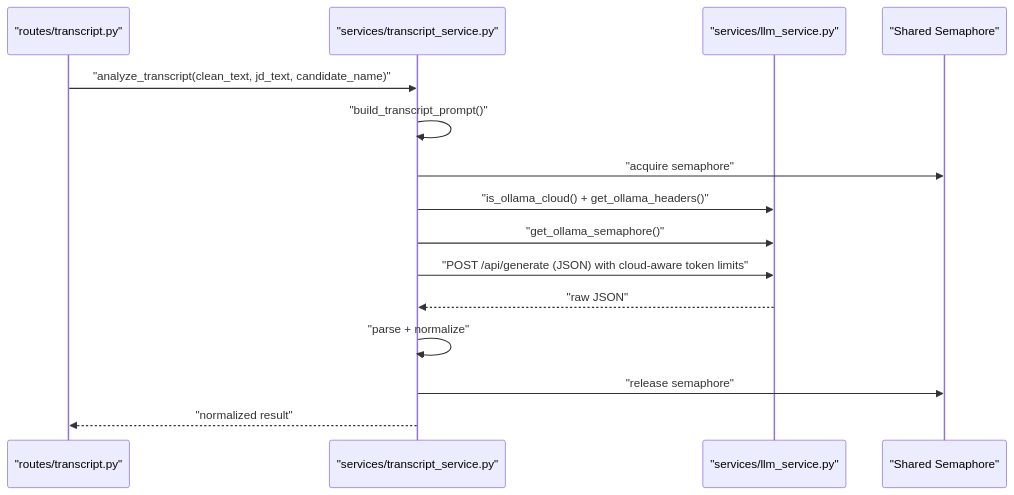
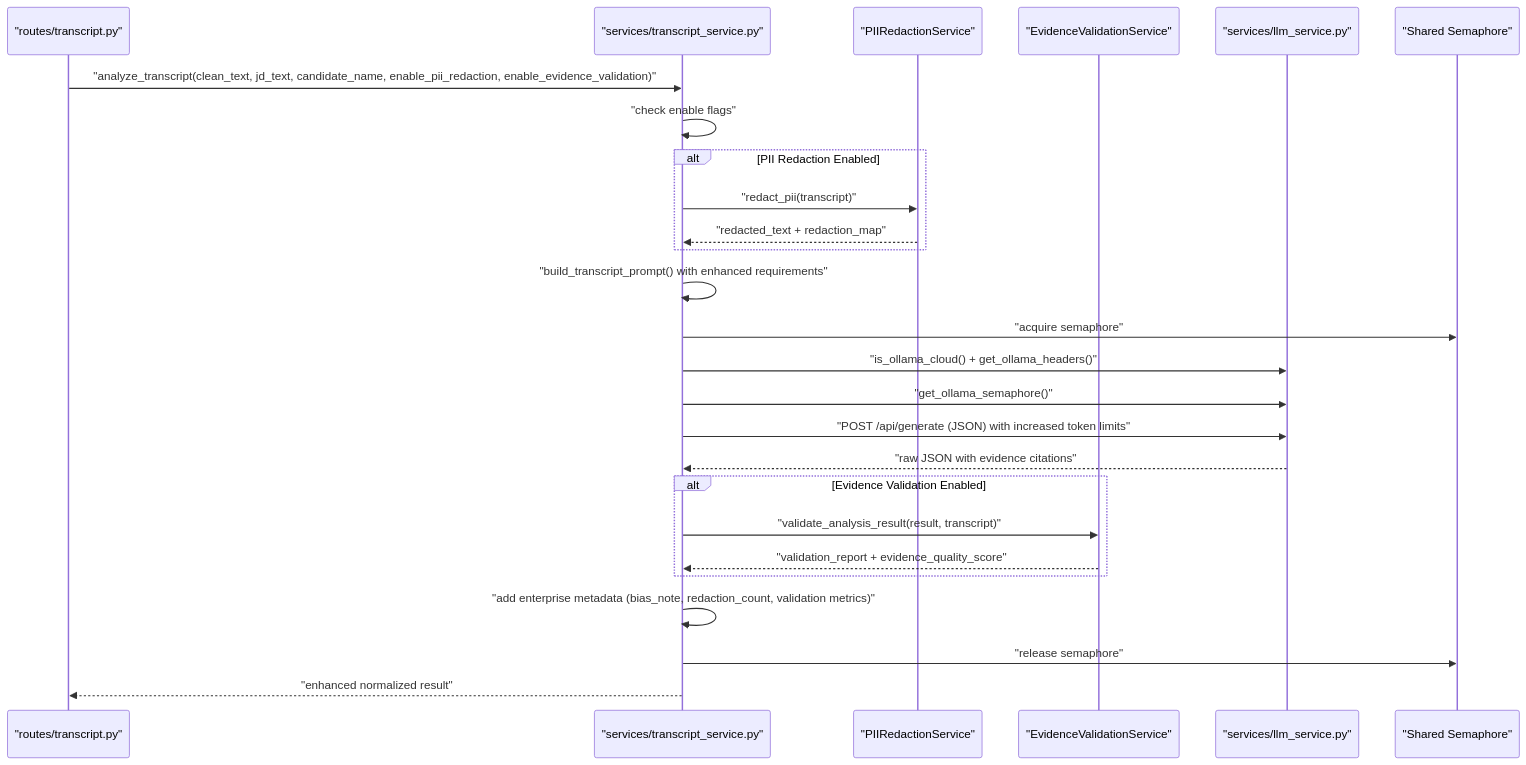
Before and after one commit to Revanththetalogics/aireume: the sixth of 11 diagrams in .qoder/repowiki/en/content/Video Analysis/Transcript Generation.md, drawn with Mermaid. The commit also changed other lines of this file and 20 other files, not shown here.

First line of the commit message:
fix: persist complete report data to analysis_result for Candidates page

````diff
--- a/.qoder/repowiki/en/content/Video Analysis/Transcript Generation.md
+++ b/.qoder/repowiki/en/content/Video Analysis/Transcript Generation.md
@@ -200,17 +331,28 @@
 ```mermaid
 sequenceDiagram
 participant RT as "routes/transcript.py"
 participant ST as "services/transcript_service.py"
+participant PII as "PIIRedactionService"
+participant EVS as "EvidenceValidationService"
 participant LLM as "services/llm_service.py"
 participant SEM as "Shared Semaphore"
-RT->>ST : "analyze_transcript(clean_text, jd_text, candidate_name)"
-ST->>ST : "build_transcript_prompt()"
+RT->>ST : "analyze_transcript(clean_text, jd_text, candidate_name, enable_pii_redaction, enable_evidence_validation)"
+ST->>ST : "check enable flags"
+alt PII Redaction Enabled
+ST->>PII : "redact_pii(transcript)"
+PII-->>ST : "redacted_text + redaction_map"
+end
+ST->>ST : "build_transcript_prompt() with enhanced requirements"
 ST->>SEM : "acquire semaphore"
 ST->>LLM : "is_ollama_cloud() + get_ollama_headers()"
 ST->>LLM : "get_ollama_semaphore()"
-ST->>LLM : "POST /api/generate (JSON) with cloud-aware token limits"
-LLM-->>ST : "raw JSON"
-ST->>ST : "parse + normalize"
+ST->>LLM : "POST /api/generate (JSON) with increased token limits"
+LLM-->>ST : "raw JSON with evidence citations"
+alt Evidence Validation Enabled
+ST->>EVS : "validate_analysis_result(result, transcript)"
+EVS-->>ST : "validation_report + evidence_quality_score"
+end
+ST->>ST : "add enterprise metadata (bias_note, redaction_count, validation metrics)"
 ST->>SEM : "release semaphore"
-ST-->>RT : "normalized result"
+ST-->>RT : "enhanced normalized result"
 ```
````
